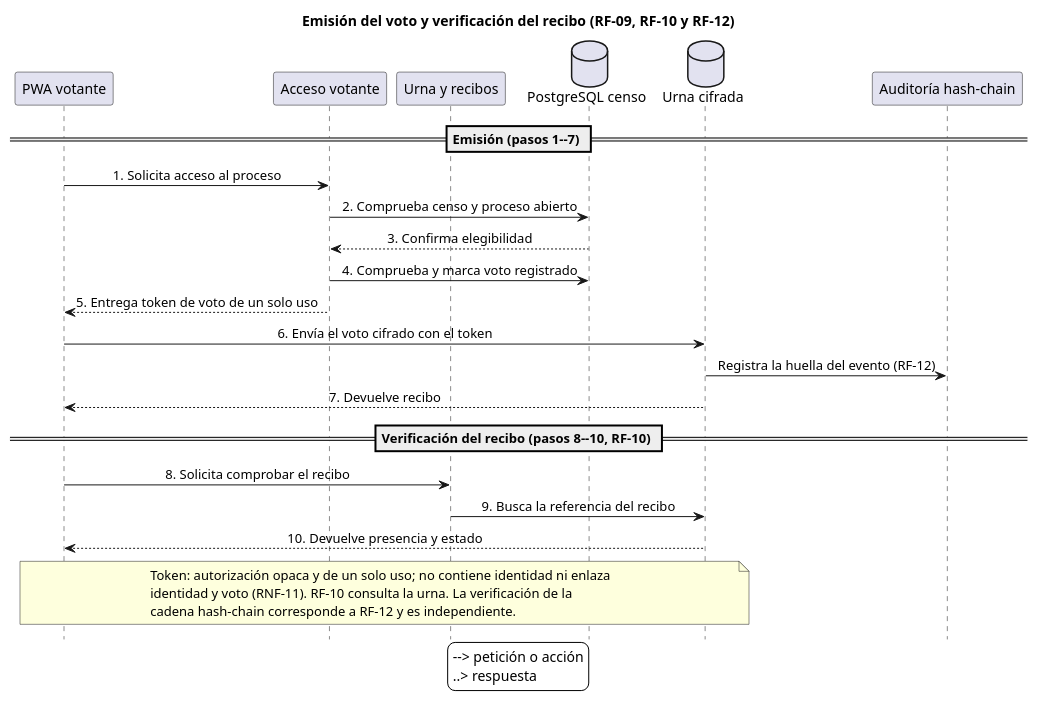
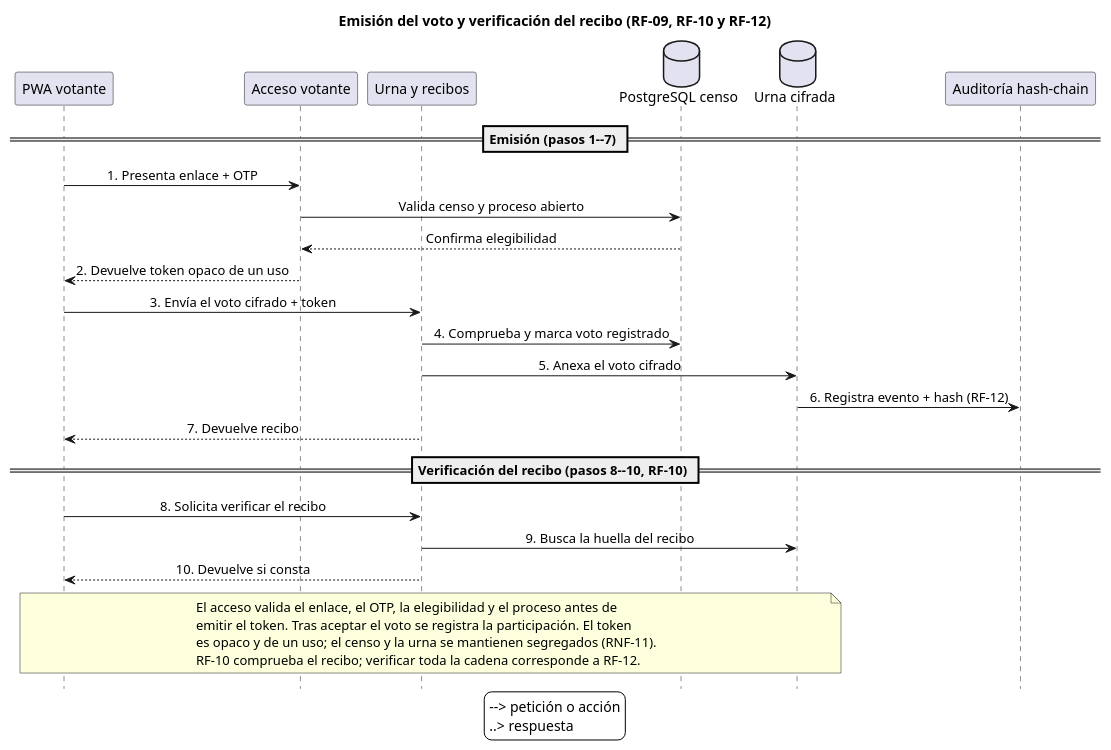
The diagram in Plantilla-TFM-Informatica-UAL/Figuras/diagramas/secuencia_emitir_voto_recibo.puml (saulrampa-ual/saas-digital-voting), drawn with PlantUML before and after one commit. The commit also changed 8 other files, not shown here.

```diff
--- a/Plantilla-TFM-Informatica-UAL/Figuras/diagramas/secuencia_emitir_voto_recibo.puml
+++ b/Plantilla-TFM-Informatica-UAL/Figuras/diagramas/secuencia_emitir_voto_recibo.puml
@@ -1,41 +1,43 @@
 @startuml
 ' Fuente PlantUML equivalente de la figura vectorial 5.2.
 title Emisión del voto y verificación del recibo (RF-09, RF-10 y RF-12)
 hide footbox
 skinparam backgroundColor white
 skinparam shadowing false
 skinparam sequenceMessageAlign center
 skinparam BoxPadding 12
 
 participant "PWA votante" as PWA
 participant "Acceso votante" as Acceso
 participant "Urna y recibos" as Recibos
 database "PostgreSQL censo" as Censo
 database "Urna cifrada" as Urna
 participant "Auditoría hash-chain" as Auditoria
 
 == Emisión (pasos 1--7) ==
-PWA -> Acceso : 1. Solicita acceso al proceso
-Acceso -> Censo : 2. Comprueba censo y proceso abierto
-Censo --> Acceso : 3. Confirma elegibilidad
-Acceso -> Censo : 4. Comprueba y marca voto registrado
-Acceso --> PWA : 5. Entrega token de voto de un solo uso
-PWA -> Urna : 6. Envía el voto cifrado con el token
-Urna -> Auditoria : Registra la huella del evento (RF-12)
-Urna --> PWA : 7. Devuelve recibo
+PWA -> Acceso : 1. Presenta enlace + OTP
+Acceso -> Censo : Valida censo y proceso abierto
+Censo --> Acceso : Confirma elegibilidad
+Acceso --> PWA : 2. Devuelve token opaco de un uso
+PWA -> Recibos : 3. Envía el voto cifrado + token
+Recibos -> Censo : 4. Comprueba y marca voto registrado
+Recibos -> Urna : 5. Anexa el voto cifrado
+Urna -> Auditoria : 6. Registra evento + hash (RF-12)
+Recibos --> PWA : 7. Devuelve recibo
 
 == Verificación del recibo (pasos 8--10, RF-10) ==
-PWA -> Recibos : 8. Solicita comprobar el recibo
-Recibos -> Urna : 9. Busca la referencia del recibo
-Urna --> PWA : 10. Devuelve presencia y estado
+PWA -> Recibos : 8. Solicita verificar el recibo
+Recibos -> Urna : 9. Busca la huella del recibo
+Recibos --> PWA : 10. Devuelve si consta
 
 note over PWA,Urna
-Token: autorización opaca y de un solo uso; no contiene identidad ni enlaza
-identidad y voto (RNF-11). RF-10 consulta la urna. La verificación de la
-cadena hash-chain corresponde a RF-12 y es independiente.
+El acceso valida el enlace, el OTP, la elegibilidad y el proceso antes de
+emitir el token. Tras aceptar el voto se registra la participación. El token
+es opaco y de un uso; el censo y la urna se mantienen segregados (RNF-11).
+RF-10 comprueba el recibo; verificar toda la cadena corresponde a RF-12.
 end note
 legend bottom
   --> petición o acción
   ..> respuesta
 endlegend
 @enduml
```
